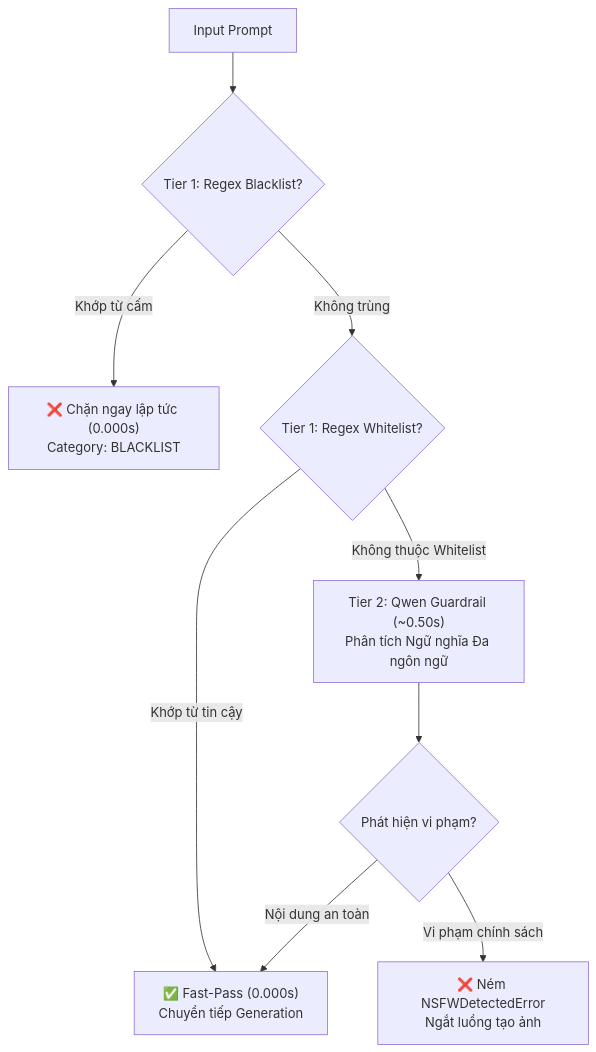
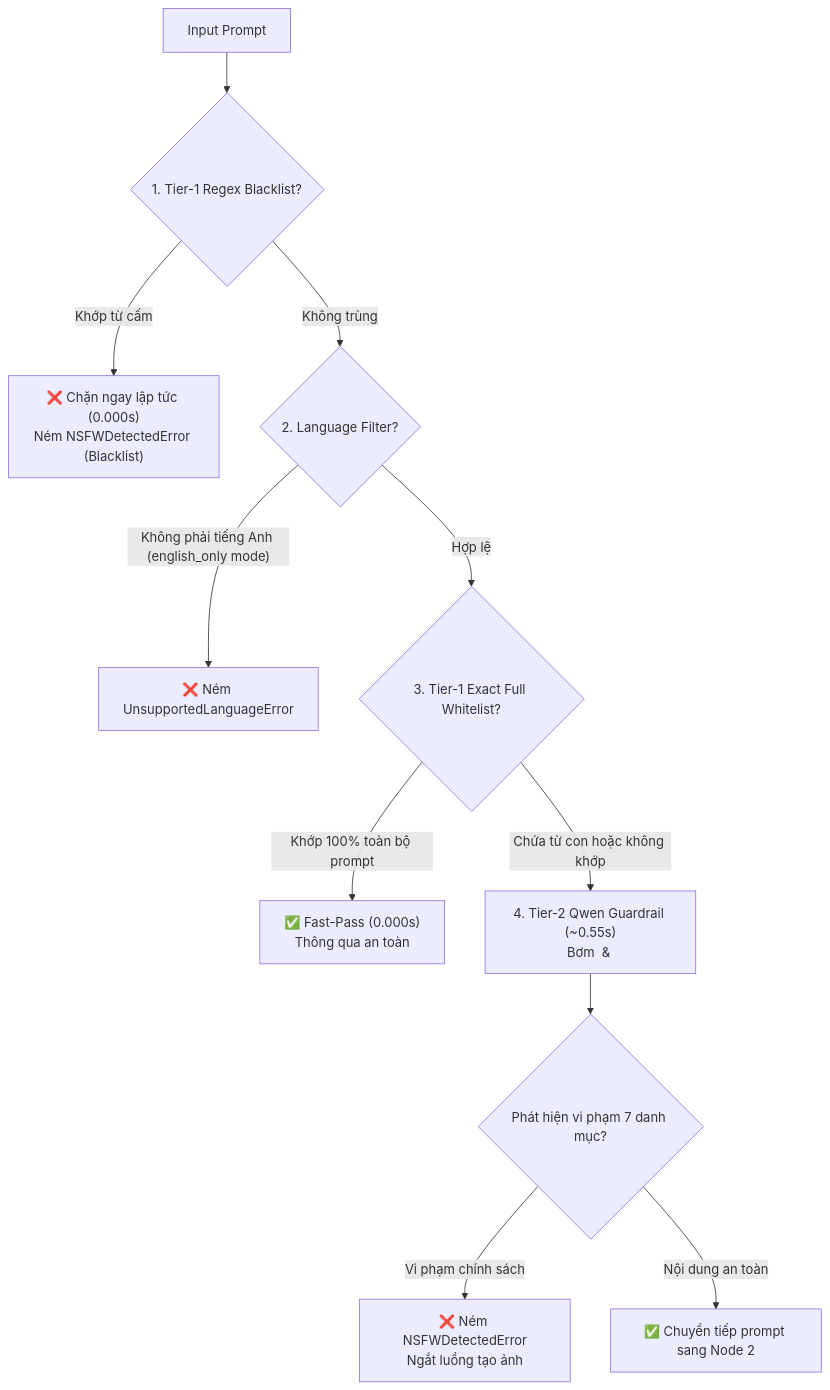
Before and after one commit to hungvvinfinity/comfyUI-detect-nsfw-text: the second of 2 diagrams in README.md, drawn with Mermaid. The commit also changed other lines of this file and 4 other files, not shown here.

Commit message:
feat: add MEDICAL guardrail, 2-node EN translation, anti-bypass & 2x anti-spam token caps

````diff
--- a/README.md
+++ b/README.md
@@ -30,11 +70,13 @@
 ```mermaid
 flowchart TD
-    A["Input Prompt"] --> B{"Tier 1: Regex Blacklist?"}
-    B -- "Khớp từ cấm" --> BL["❌ Chặn ngay lập tức (0.000s)<br/>Category: BLACKLIST"]
-    B -- "Không trùng" --> C{"Tier 1: Regex Whitelist?"}
-    C -- "Khớp từ tin cậy" --> PASS["✅ Fast-Pass (0.000s)<br/>Chuyển tiếp Generation"]
-    C -- "Không thuộc Whitelist" --> D["Tier 2: Qwen Guardrail (~0.50s)<br/>Phân tích Ngữ nghĩa Đa ngôn ngữ"]
-    D --> E{"Phát hiện vi phạm?"}
-    E -- "Vi phạm chính sách" --> FAIL["❌ Ném NSFWDetectedError<br/>Ngắt luồng tạo ảnh"]
-    E -- "Nội dung an toàn" --> PASS
+    A["Input Prompt"] --> B{"1. Tier-1 Regex Blacklist?"}
+    B -- "Khớp từ cấm" --> BL["❌ Chặn ngay lập tức (0.000s)<br/>Ném NSFWDetectedError (Blacklist)"]
+    B -- "Không trùng" --> C{"2. Language Filter?"}
+    C -- "Không phải tiếng Anh (english_only mode)" --> LG["❌ Ném UnsupportedLanguageError"]
+    C -- "Hợp lệ" --> D{"3. Tier-1 Exact Full Whitelist?"}
+    D -- "Khớp 100% toàn bộ prompt" --> PASS1["✅ Fast-Pass (0.000s)<br/>Thông qua an toàn"]
+    D -- "Chứa từ con hoặc không khớp" --> E["4. Tier-2 Qwen Guardrail (~0.55s)<br/>Bơm <blacklist> & <whitelist>"]
+    E --> F{"Phát hiện vi phạm 7 danh mục?"}
+    F -- "Vi phạm chính sách" --> FAIL["❌ Ném NSFWDetectedError<br/>Ngắt luồng tạo ảnh"]
+    F -- "Nội dung an toàn" --> PASS2["✅ Chuyển tiếp prompt sang Node 2"]
 ```
````
